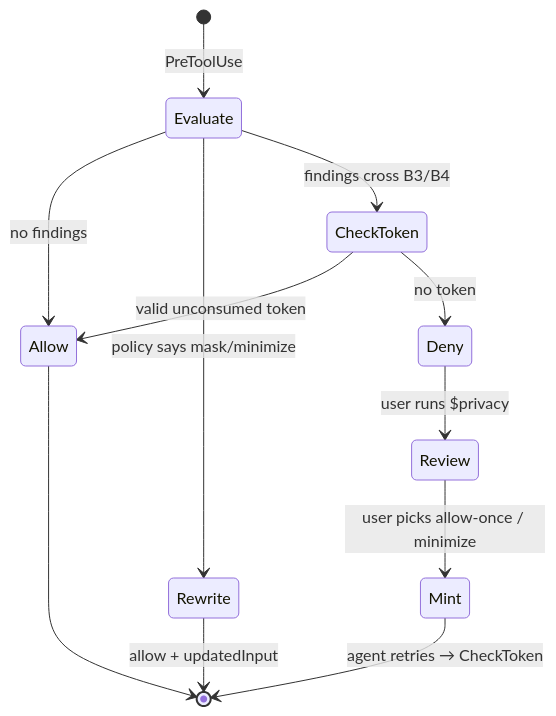
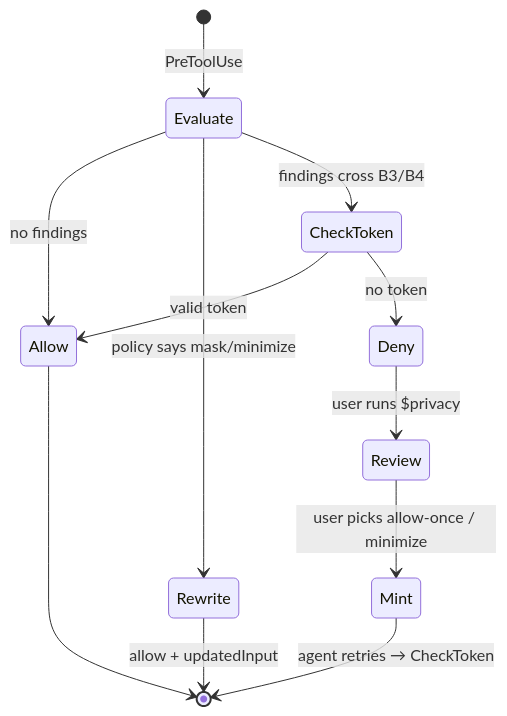
Before and after one commit to inin-zou/codex-privacy-hud: the third of 3 diagrams in .claude/docs/architecture.md, drawn with Mermaid. The commit also changed other lines of this file and 2 other files, not shown here.

````diff
--- a/.claude/docs/architecture.md
+++ b/.claude/docs/architecture.md
@@ -378,14 +377,14 @@
 ```mermaid
 stateDiagram-v2
     [*] --> Evaluate: PreToolUse
     Evaluate --> Allow: no findings
     Evaluate --> Rewrite: policy says mask/minimize
     Evaluate --> CheckToken: findings cross B3/B4
-    CheckToken --> Allow: valid unconsumed token
+    CheckToken --> Allow: valid token
     CheckToken --> Deny: no token
     Deny --> Review: user runs $privacy
     Review --> Mint: user picks allow-once / minimize
     Mint --> [*]: agent retries → CheckToken
     Rewrite --> [*]: allow + updatedInput
     Allow --> [*]
 ```
````
